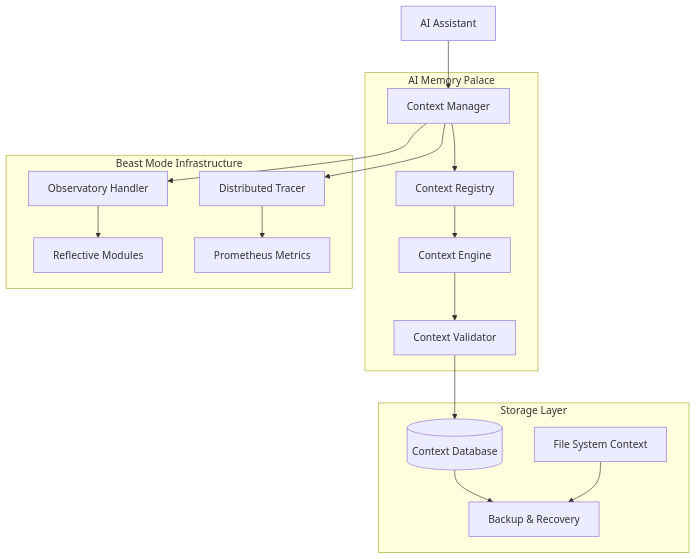
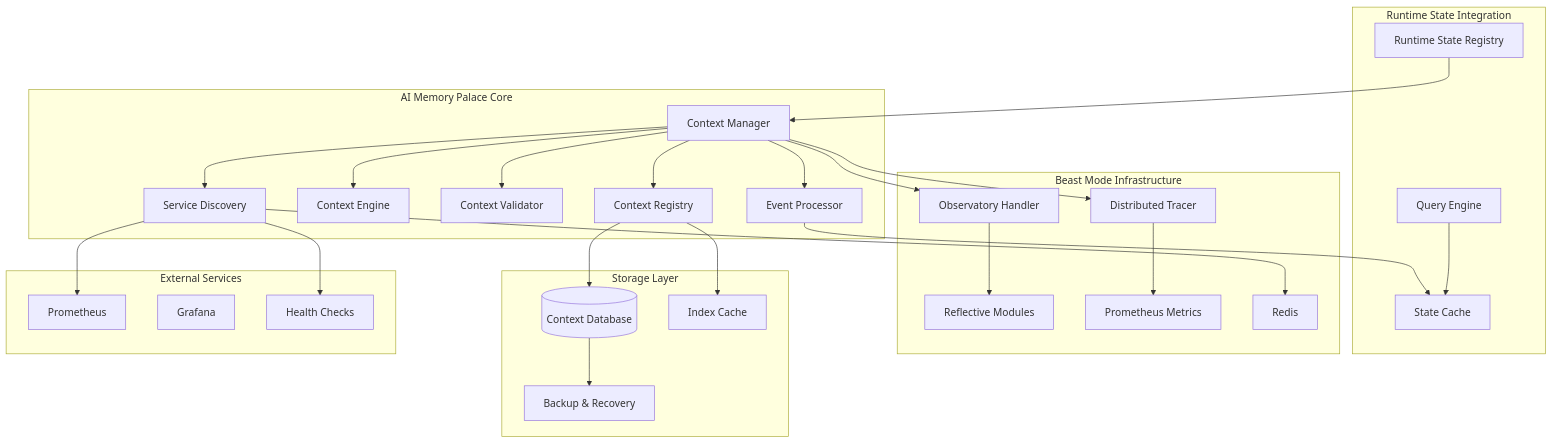
One commit to nkllon/kiro-ai-development-hackathon changed the first of 2 diagrams in .kiro/specs/ai-memory-palace/design.md. Above: the diagram before and after it, drawn with Mermaid. The commit also changed other lines of this file and 142 other files, not shown here.

````diff
--- a/.kiro/specs/ai-memory-palace/design.md
+++ b/.kiro/specs/ai-memory-palace/design.md
@@ -13,36 +19,60 @@
 ```mermaid
 graph TB
-    subgraph "AI Memory Palace"
+    subgraph "AI Memory Palace Core"
         CM[Context Manager]
         CR[Context Registry]
         CE[Context Engine]
         CV[Context Validator]
+        SD[Service Discovery]
+        EP[Event Processor]
+    end
+    
+    subgraph "Runtime State Integration"
+        RSR[Runtime State Registry]
+        QE[Query Engine]
+        SC[State Cache]
     end
     
     subgraph "Beast Mode Infrastructure"
         OH[Observatory Handler]
         DT[Distributed Tracer]
         RM[Reflective Modules]
         PM[Prometheus Metrics]
+        RD[Redis]
     end
     
     subgraph "Storage Layer"
         DB[(Context Database)]
-        FS[File System Context]
         BC[Backup & Recovery]
+        IC[Index Cache]
     end
     
-    AI[AI Assistant] --> CM
+    subgraph "External Services"
+        PROM[Prometheus]
+        GRAF[Grafana]
+        HC[Health Checks]
+    end
+    
+    RSR --> CM
     CM --> CR
-    CR --> CE
-    CE --> CV
-    CV --> DB
+    CM --> CE
+    CM --> CV
+    CM --> SD
+    CM --> EP
+    
+    SD --> RD
+    SD --> PROM
+    SD --> HC
+    
+    EP --> SC
+    QE --> SC
+    
+    CR --> DB
+    CR --> IC
+    DB --> BC
     
     CM --> OH
     CM --> DT
     OH --> RM
     DT --> PM
-    
-    DB --> BC
-    FS --> BC
 ```
````
